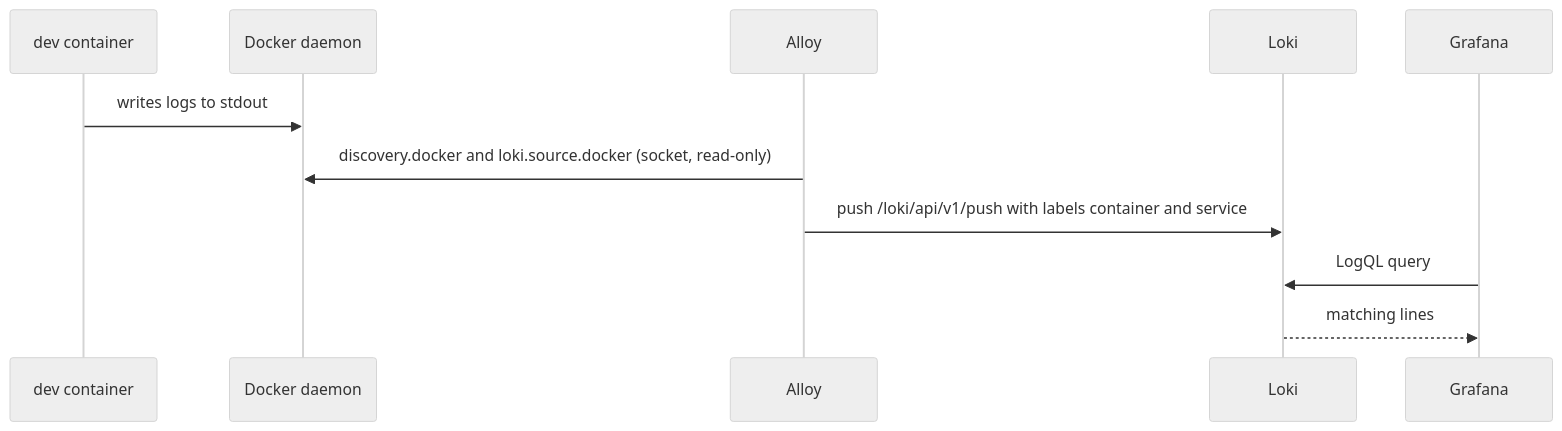
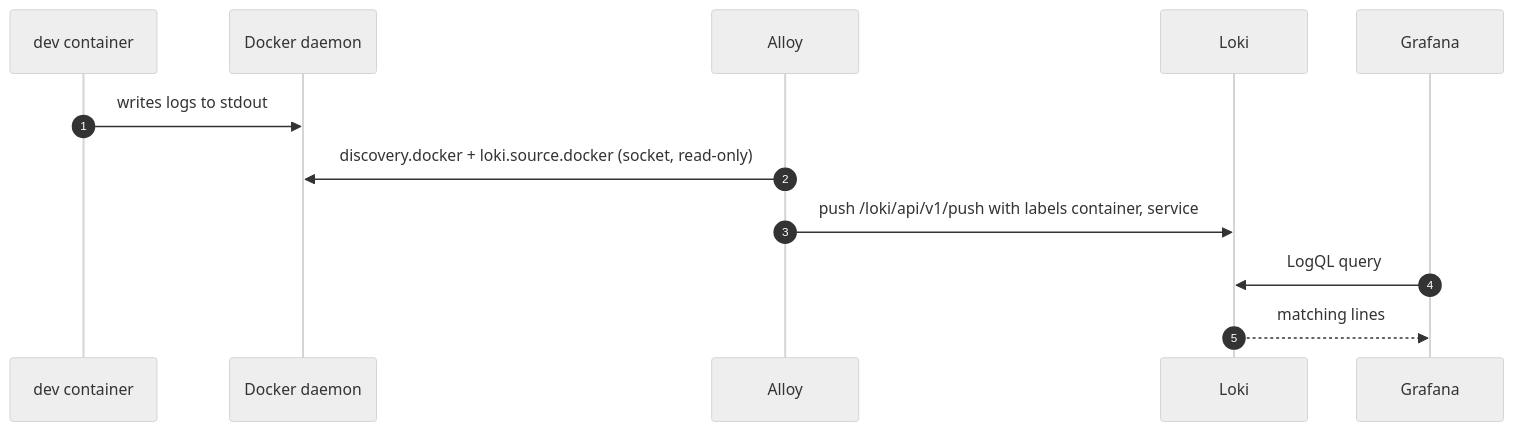
One commit to Sriram-Karthick-k/progress-tracker changed the second of 3 diagrams in content/notes/spring-boot-system-design/03-observability/log-pipeline-loki-grafana.md. Above: the diagram before and after it, drawn with Mermaid (neutral theme). The commit also changed other lines of this file and 18 other files, not shown here.

````diff
--- a/content/notes/spring-boot-system-design/03-observability/log-pipeline-loki-grafana.md
+++ b/content/notes/spring-boot-system-design/03-observability/log-pipeline-loki-grafana.md
@@ -11,13 +43,14 @@
 ```mermaid
 sequenceDiagram
+  autonumber
   participant Dev as dev container
   participant Docker as Docker daemon
   participant A as Alloy
   participant L as Loki
   participant G as Grafana
   Dev->>Docker: writes logs to stdout
-  A->>Docker: discovery.docker and loki.source.docker (socket, read-only)
-  A->>L: push /loki/api/v1/push with labels container and service
+  A->>Docker: discovery.docker + loki.source.docker (socket, read-only)
+  A->>L: push /loki/api/v1/push with labels container, service
   G->>L: LogQL query
   L-->>G: matching lines
 ```
````
